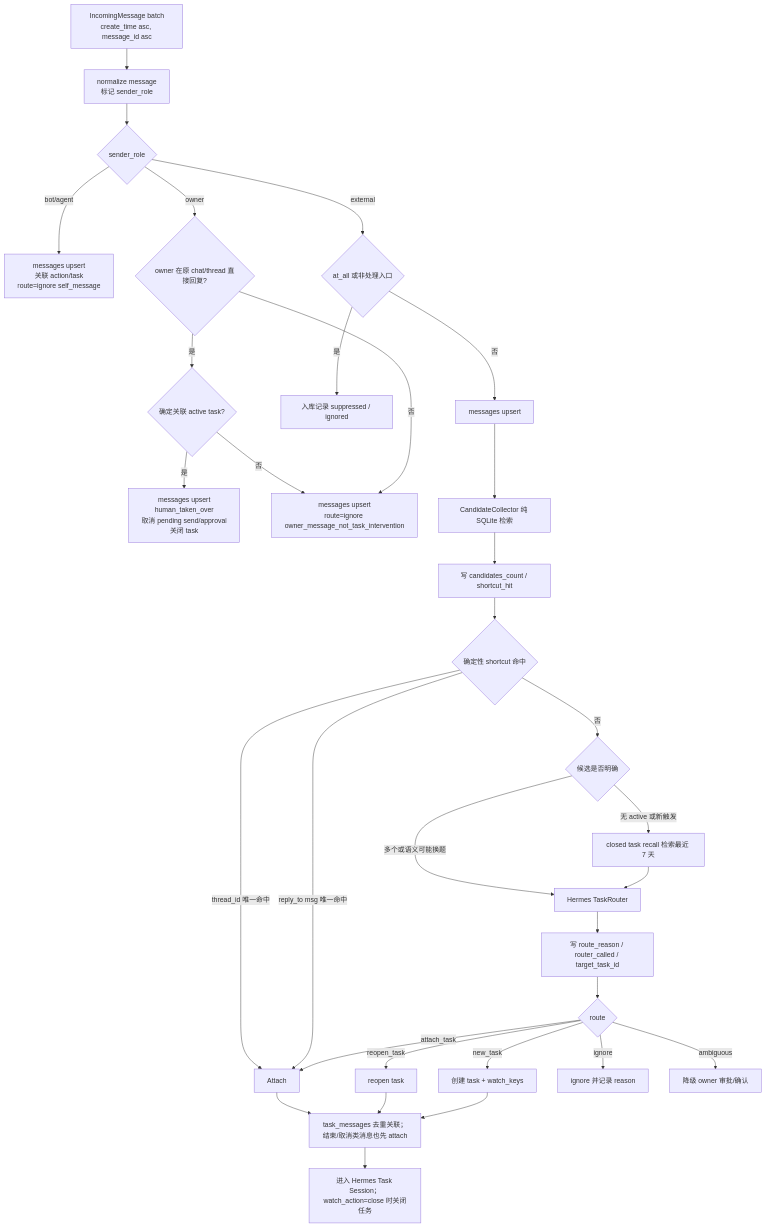
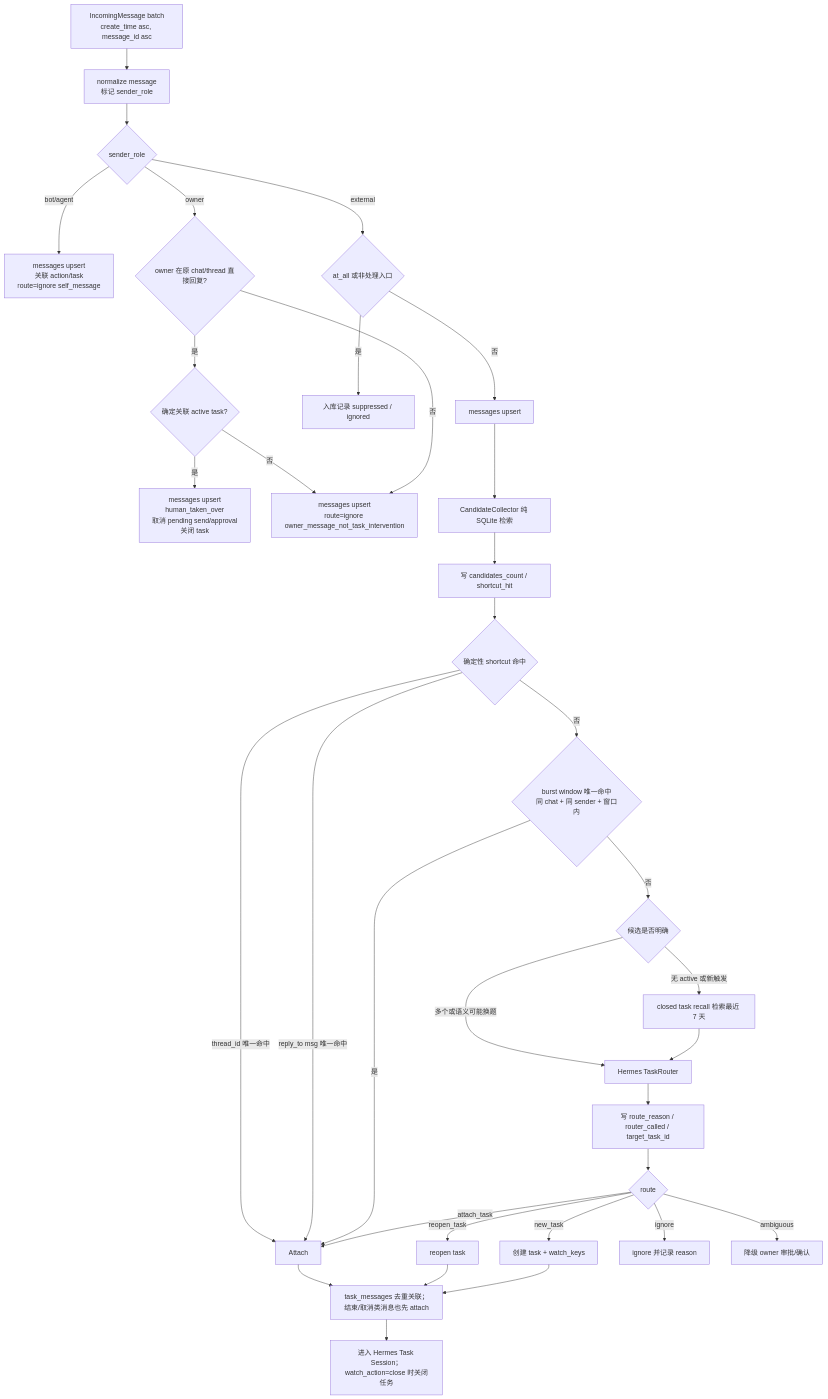
Before and after one commit to wufei-png/feishu-shadow-agent: the third of 7 diagrams in docs/specs/feishu-shadow-agent-flows.md, drawn with Mermaid. The commit also changed 12 other files, not shown here.

Commit message:
Add burst-window task attachment

````diff
--- a/docs/specs/feishu-shadow-agent-flows.md
+++ b/docs/specs/feishu-shadow-agent-flows.md
@@ -101,38 +101,40 @@
 ```mermaid
 flowchart TD
   Incoming["IncomingMessage batch<br/>create_time asc, message_id asc"] --> Normalize["normalize message<br/>标记 sender_role"]
   Normalize --> SenderRole{"sender_role"}
   SenderRole -->|bot/agent| SelfAudit["messages upsert<br/>关联 action/task<br/>route=ignore self_message"]
   SenderRole -->|owner| OwnerCheck{"owner 在原 chat/thread 直接回复?"}
   OwnerCheck -->|是| OwnerRelated{"确定关联 active task?"}
   OwnerRelated -->|是| HumanTakeover["messages upsert<br/>human_taken_over<br/>取消 pending send/approval<br/>关闭 task"]
   OwnerRelated -->|否| OwnerAudit["messages upsert<br/>route=ignore owner_message_not_task_intervention"]
   OwnerCheck -->|否| OwnerAudit
   SenderRole -->|external| Suppressed{"at_all 或非处理入口"}
   Suppressed -->|是| RecordSuppressed["入库记录 suppressed / ignored"]
   Suppressed -->|否| SaveMsg["messages upsert"]
   SaveMsg --> CandidateCollector["CandidateCollector 纯 SQLite 检索"]
 
   CandidateCollector --> MatchAudit["写 candidates_count / shortcut_hit"]
   MatchAudit --> Deterministic{"确定性 shortcut 命中"}
   Deterministic -->|thread_id 唯一命中| Attach
   Deterministic -->|reply_to msg 唯一命中| Attach
 
-  Deterministic -->|否| CandidateCount{"候选是否明确"}
+  Deterministic -->|否| Burst{"burst window 唯一命中<br/>同 chat + 同 sender + 窗口内"}
+  Burst -->|是| Attach
+  Burst -->|否| CandidateCount{"候选是否明确"}
   CandidateCount -->|无 active 或新触发| Historical["closed task recall 检索最近 7 天"]
   CandidateCount -->|多个或语义可能换题| TaskRouter["Hermes TaskRouter"]
   Historical --> TaskRouter
 
   TaskRouter --> RouterAudit["写 route_reason / router_called / target_task_id"]
   RouterAudit --> Route{"route"}
   Route -->|new_task| NewTask["创建 task + watch_keys"]
   Route -->|attach_task| Attach
   Route -->|reopen_task| Reopen["reopen task"]
   Route -->|ignore| Ignore["ignore 并记录 reason"]
   Route -->|ambiguous| Approval["降级 owner 审批/确认"]
 
   Attach --> Include["task_messages 去重关联；结束/取消类消息也先 attach"]
   Reopen --> Include
   NewTask --> Include
   Include --> TaskSession["进入 Hermes Task Session；watch_action=close 时关闭任务"]
 ```
````
